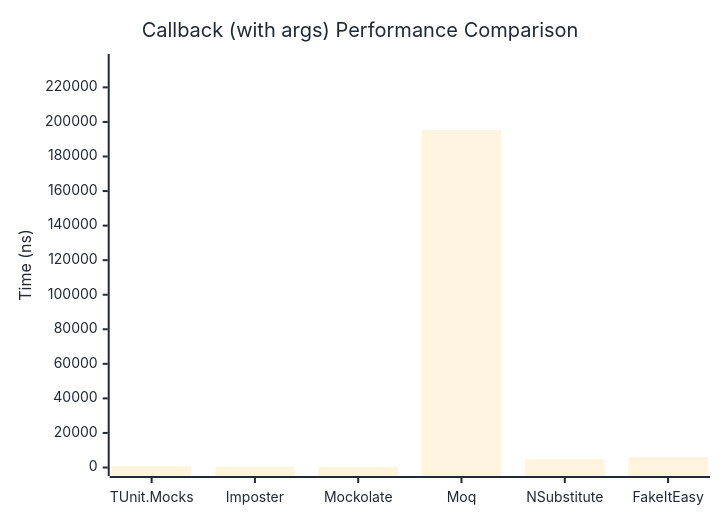
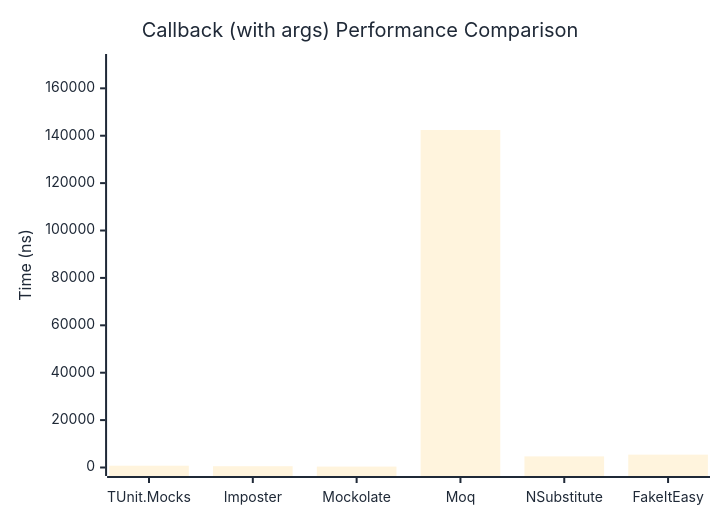
Before and after one commit to thomhurst/TUnit: the second of 2 diagrams in docs/docs/benchmarks/mocks/Callback.md, drawn with Mermaid. The commit also changed other lines of this file and 14 other files, not shown here.

````diff
--- a/docs/docs/benchmarks/mocks/Callback.md
+++ b/docs/docs/benchmarks/mocks/Callback.md
@@ -69,27 +69,27 @@
 ```mermaid
 %%{init: {
   'theme':'base',
   'themeVariables': {
     'primaryColor': '#2563eb',
     'primaryTextColor': '#1f2937',
     'primaryBorderColor': '#1e40af',
     'lineColor': '#6b7280',
     'secondaryColor': '#7c3aed',
     'tertiaryColor': '#dc2626',
     'background': '#ffffff',
     'pie1': '#2563eb',
     'pie2': '#7c3aed',
     'pie3': '#dc2626',
     'pie4': '#f59e0b',
     'pie5': '#10b981',
     'pie6': '#06b6d4',
     'pie7': '#ec4899',
     'pie8': '#6366f1'
   }
 }}%%
 xychart-beta
   title "Callback (with args) Performance Comparison"
   x-axis ["TUnit.Mocks", "Imposter", "Mockolate", "Moq", "NSubstitute", "FakeItEasy"]
-  y-axis "Time (ns)" 0 --> 234406
-  bar [771.8, 519.9, 399.6, 195338.2, 4996.4, 6133.9]
+  y-axis "Time (ns)" 0 --> 170898
+  bar [755.9, 544.2, 386.9, 142414.3, 4686.3, 5427.7]
 ```
````
